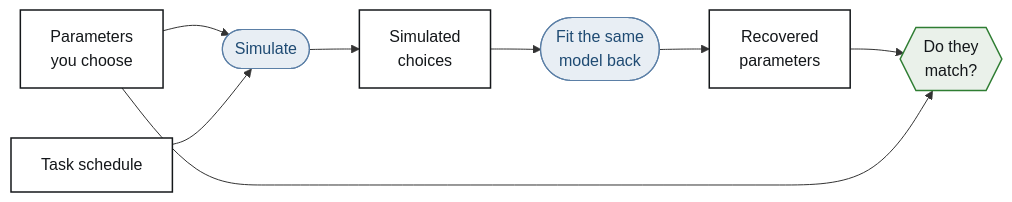
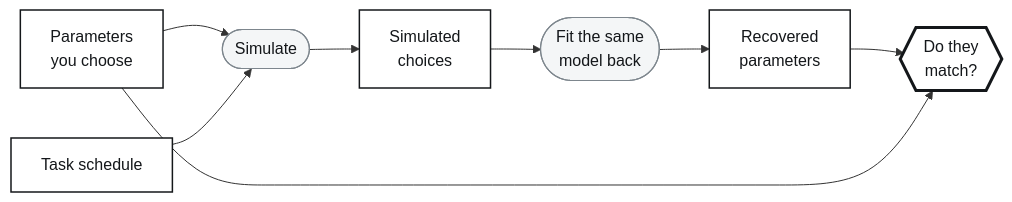
Before and after one commit to JanGrohn/ComputationalModelingBlockPractical: the diagram in docs/session2/diagrams/recovery.mmd, drawn with Mermaid. The commit also changed 32 other files, not shown here.

```diff
--- a/docs/session2/diagrams/recovery.mmd
+++ b/docs/session2/diagrams/recovery.mmd
@@ -1,15 +1,15 @@
 flowchart LR
   P["Parameters<br>you choose"] --> SIM(["Simulate"])
   T["Task schedule"] --> SIM
   SIM --> D["Simulated<br>choices"]
   D --> FIT(["Fit the same<br>model back"])
   FIT --> R["Recovered<br>parameters"]
   R --> Q{{"Do they<br>match?"}}
   P --> Q
 
   classDef state fill:#ffffff,stroke:#14171a,stroke-width:1.5px,color:#14171a;
-  classDef op fill:#e8eef4,stroke:#5b7fa6,stroke-width:1.2px,color:#1f4b73;
-  classDef out fill:#eaf1ea,stroke:#2e7d32,stroke-width:1.5px,color:#14171a;
+  classDef op fill:#f4f6f7,stroke:#7d868d,stroke-width:1.2px,color:#14171a;
+  classDef out fill:#ffffff,stroke:#14171a,stroke-width:3px,color:#14171a;
   class P,T,D,R state;
   class SIM,FIT op;
   class Q out;
```
